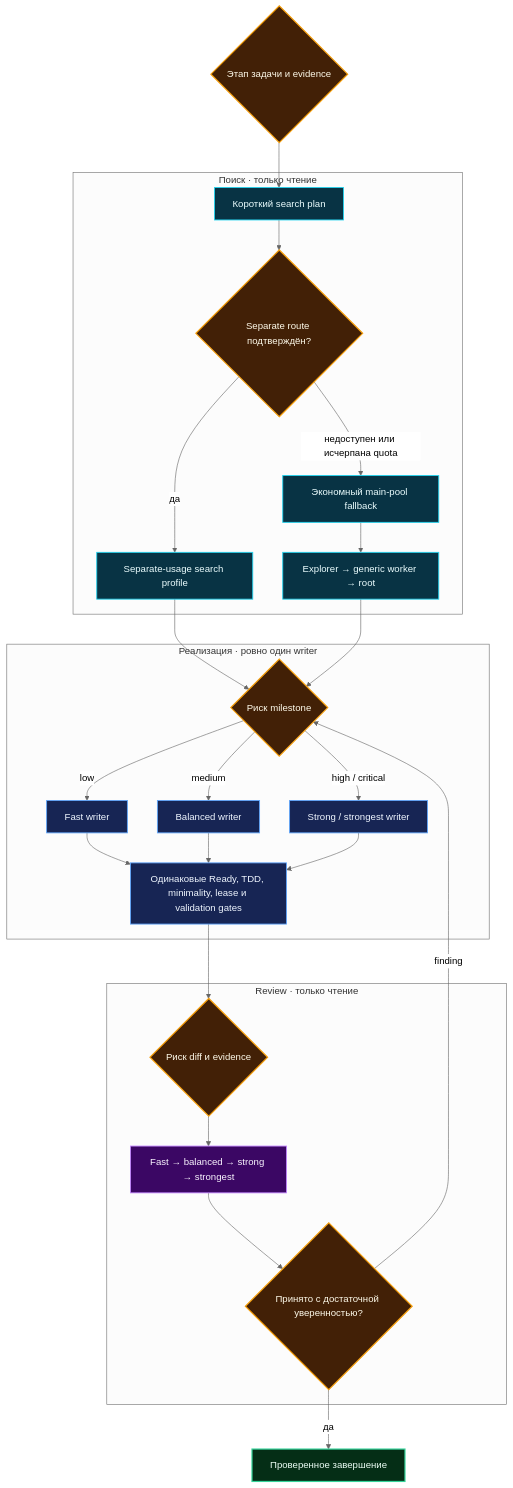
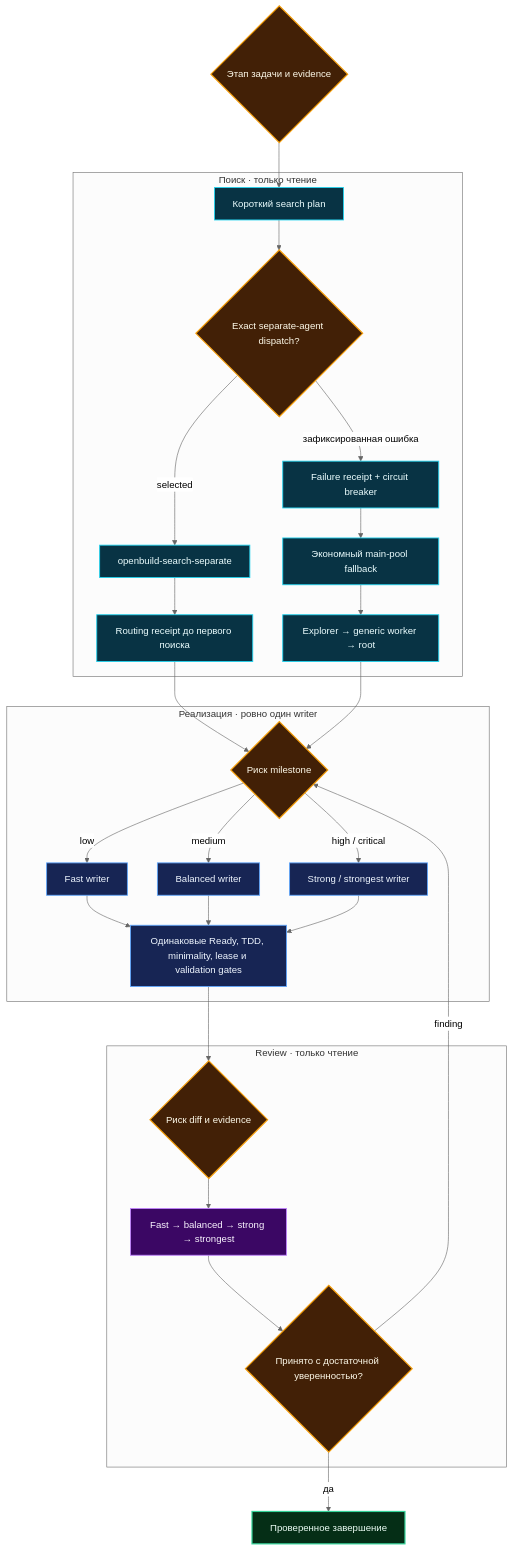
One commit to GeorgVahi/OpenBuild changed the second of 3 diagrams in README.ru.md. Above: the diagram before and after it, drawn with Mermaid (neutral theme). The commit also changed other lines of this file and 10 other files, not shown here.

Commit message:
Enforce exact search agent dispatch

````diff
--- a/README.ru.md
+++ b/README.ru.md
@@ -262,44 +262,46 @@
 ```mermaid
 flowchart TB
     R{"Этап задачи и evidence"}
 
     subgraph SEARCH["Поиск · только чтение"]
-        S0["Короткий search plan"] --> S1{"Separate route подтверждён?"}
-        S1 -->|да| S2["Separate-usage search profile"]
-        S1 -->|недоступен или исчерпана quota| S3["Экономный main-pool fallback"]
+        S0["Короткий search plan"] --> S1{"Exact separate-agent dispatch?"}
+        S1 -->|selected| S2["openbuild-search-separate"]
+        S1 -->|зафиксированная ошибка| S5["Failure receipt + circuit breaker"]
+        S5 --> S3["Экономный main-pool fallback"]
         S3 --> S4["Explorer → generic worker → root"]
+        S2 --> S6["Routing receipt до первого поиска"]
     end
 
     subgraph WRITE["Реализация · ровно один writer"]
         W0{"Риск milestone"}
         W0 -->|low| W1["Fast writer"]
         W0 -->|medium| W2["Balanced writer"]
         W0 -->|high / critical| W3["Strong / strongest writer"]
         W1 --> W4["Одинаковые Ready, TDD, minimality, lease и validation gates"]
         W2 --> W4
         W3 --> W4
     end
 
     subgraph REVIEW["Review · только чтение"]
         V0{"Риск diff и evidence"} --> V1["Fast → balanced → strong → strongest"]
         V1 --> V2{"Принято с достаточной уверенностью?"}
     end
 
     R --> S0
-    S2 --> W0
+    S6 --> W0
     S4 --> W0
     W4 --> V0
     V2 -->|finding| W0
     V2 -->|да| Z["Проверенное завершение"]
 
     classDef decision fill:#422006,color:#fffbeb,stroke:#f59e0b,stroke-width:2px;
     classDef search fill:#083344,color:#ecfeff,stroke:#22d3ee,stroke-width:1.5px;
     classDef write fill:#172554,color:#eff6ff,stroke:#60a5fa,stroke-width:1.5px;
     classDef review fill:#3b0764,color:#faf5ff,stroke:#c084fc,stroke-width:1.5px;
     classDef done fill:#052e16,color:#ecfdf5,stroke:#34d399,stroke-width:2px;
     class R,S1,W0,V0,V2 decision;
-    class S0,S2,S3,S4 search;
+    class S0,S2,S3,S4,S5,S6 search;
     class W1,W2,W3,W4 write;
     class V1 review;
     class Z done;
 ```
````
